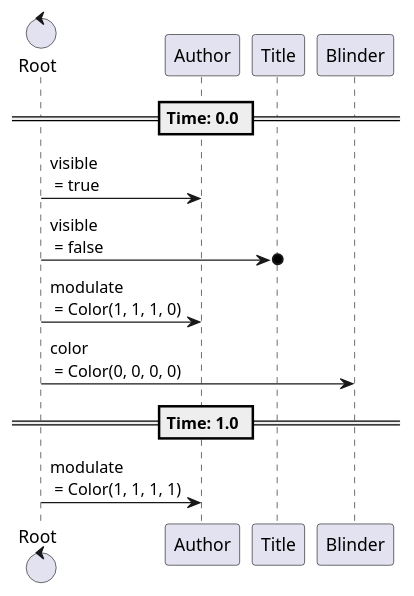
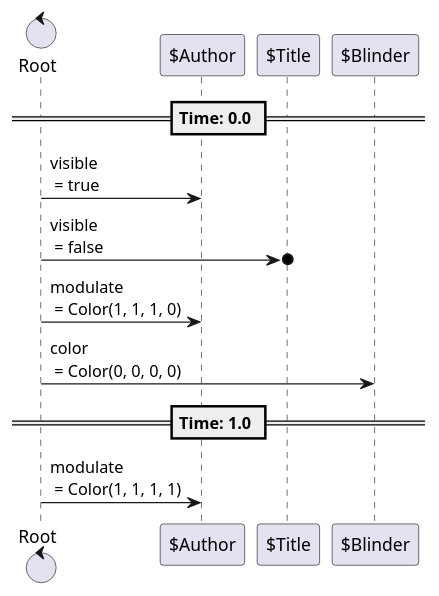
The fourth of 5 diagrams in content/scenes/src/beginning/screen/screen.tscn.adoc (tkmfujise/Platformer-Game-Learning), drawn with PlantUML before and after one commit. The commit also changed other lines of this file and 31 other files, not shown here.

Commit message:
Add prefix $ to node name in animation sequences

```diff
--- a/content/scenes/src/beginning/screen/screen.tscn.adoc
+++ b/content/scenes/src/beginning/screen/screen.tscn.adoc
@@ -186,19 +186,19 @@
 [plantuml]
 ....
-control "Root" as Root
-participant "Author" as T0
-participant "Title" as T1
-participant "Blinder" as T3
+control "Root" as R
+participant "$Author" as T0
+participant "$Title" as T1
+participant "$Blinder" as T3
 
 
 
 == Time: 0.0 ==
-Root  ->  T0 : visible\n = true
-Root  ->o  T1 : visible\n = false
-Root  ->  T0 : modulate\n = Color(1, 1, 1, 0)
-Root  ->  T3 : color\n = Color(0, 0, 0, 0)
+R  ->  T0 : visible\n = true
+R  ->o  T1 : visible\n = false
+R  ->  T0 : modulate\n = Color(1, 1, 1, 0)
+R  ->  T3 : color\n = Color(0, 0, 0, 0)
 == Time: 1.0 ==
-Root  ->  T0 : modulate\n = Color(1, 1, 1, 1)
+R  ->  T0 : modulate\n = Color(1, 1, 1, 1)
 
 
 ....
```
